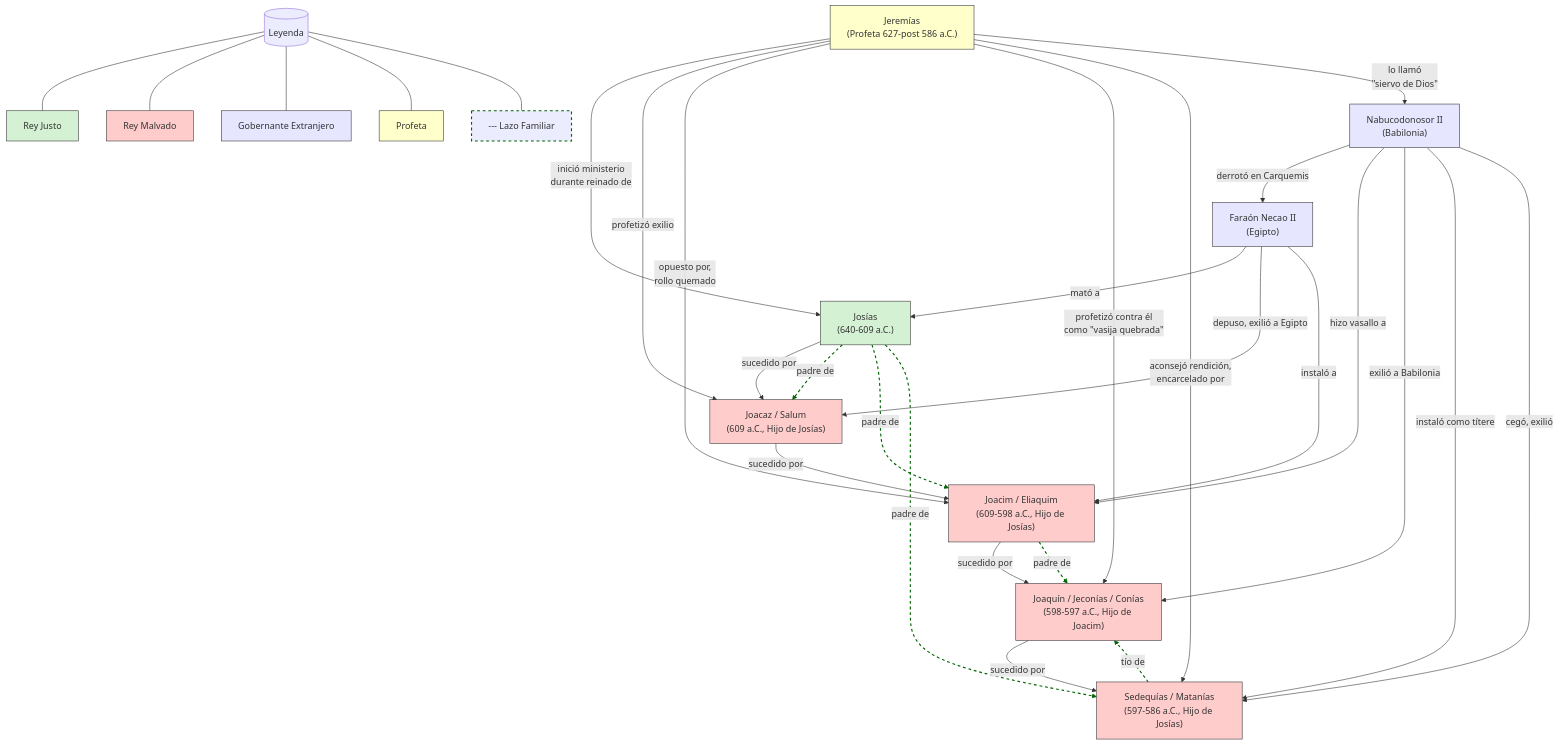
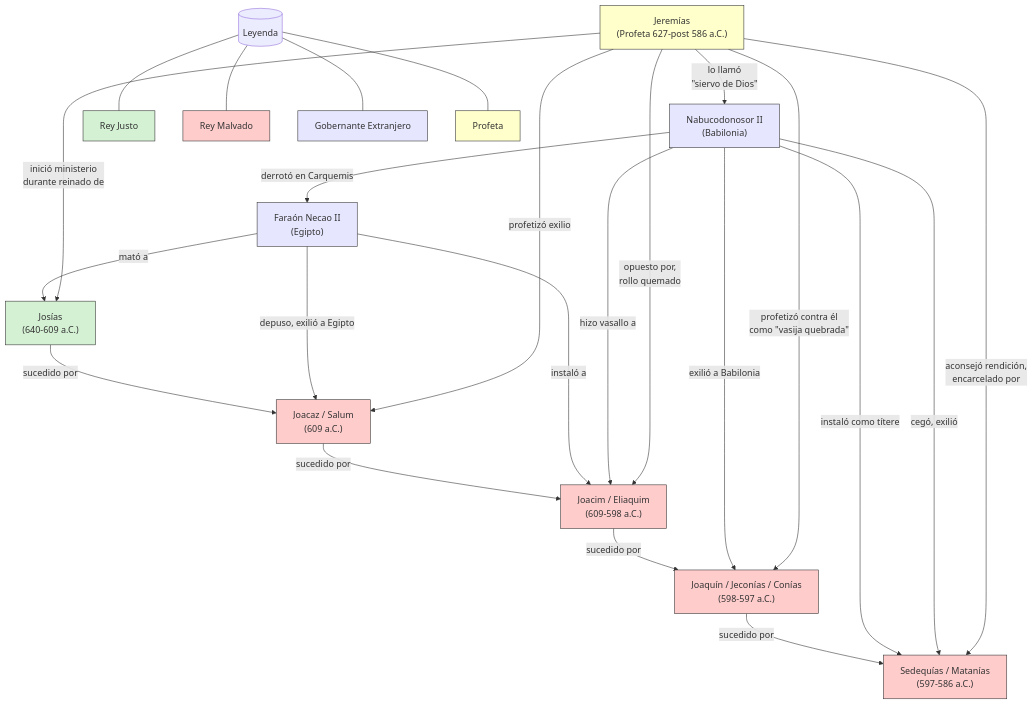
The first of 2 diagrams in old-testament-studies/public/content/es/reyes-en-jeremias-diagrama.md (migarciaduran/OldTestament), drawn with Mermaid before and after one commit. The commit also changed other lines of this file and 1 other file, not shown here.

Commit message:
feat: add family relationships section to kings in Jeremiah's diagram; enhance clarity with visual links

````diff
--- a/old-testament-studies/public/content/es/reyes-en-jeremias-diagrama.md
+++ b/old-testament-studies/public/content/es/reyes-en-jeremias-diagrama.md
@@ -5,67 +5,56 @@
 ```mermaid
 flowchart TB
     classDef justo fill:#d4f1d4,stroke:#333,stroke-width:1px
     classDef malvado fill:#ffcccc,stroke:#333,stroke-width:1px
     classDef extranjero fill:#e6e6ff,stroke:#333,stroke-width:1px
     classDef profeta fill:#ffffcc,stroke:#333,stroke-width:1px
-    classDef familyLink stroke:#006400,stroke-width:2px,stroke-dasharray: 5 5
     
     %% Reyes y Profeta
     Jeremias["Jeremías<br/>(Profeta 627-post 586 a.C.)"]:::profeta
     
     Josias["Josías<br/>(640-609 a.C.)"]:::justo
-    Joacaz["Joacaz / Salum<br/>(609 a.C., Hijo de Josías)"]:::malvado
-    Joacim["Joacim / Eliaquim<br/>(609-598 a.C., Hijo de Josías)"]:::malvado
-    Joaquin["Joaquín / Jeconías / Conías<br/>(598-597 a.C., Hijo de Joacim)"]:::malvado
-    Sedequias["Sedequías / Matanías<br/>(597-586 a.C., Hijo de Josías)"]:::malvado
+    Joacaz["Joacaz / Salum<br/>(609 a.C.)"]:::malvado
+    Joacim["Joacim / Eliaquim<br/>(609-598 a.C.)"]:::malvado
+    Joaquin["Joaquín / Jeconías / Conías<br/>(598-597 a.C.)"]:::malvado
+    Sedequias["Sedequías / Matanías<br/>(597-586 a.C.)"]:::malvado
     
     %% Reyes Extranjeros
     FaraonNecao["Faraón Necao II<br/>(Egipto)"]:::extranjero
     Nabucodonosor["Nabucodonosor II<br/>(Babilonia)"]:::extranjero
     
     %% Relaciones - sucesión (Líneas sólidas)
     Josias -->|sucedido por| Joacaz
     Joacaz -->|sucedido por| Joacim
     Joacim -->|sucedido por| Joaquin
     Joaquin -->|sucedido por| Sedequias
-    
-    %% Relaciones Familiares (Líneas verdes discontinuas)
-    Josias -.->|padre de| Joacaz
-    Josias -.->|padre de| Joacim
-    Josias -.->|padre de| Sedequias
-    Joacim -.->|padre de| Joaquin
-    Sedequias -.->|tío de| Joaquin
-    linkStyle 4,5,6,7,8 stroke:#006400,stroke-width:2px,stroke-dasharray: 5 5
     
     %% Intervenciones extranjeras (Líneas sólidas)
     FaraonNecao -->|mató a| Josias
     FaraonNecao -->|depuso, exilió a Egipto| Joacaz
     FaraonNecao -->|instaló a| Joacim
     Nabucodonosor -->|derrotó en Carquemis| FaraonNecao
     Nabucodonosor -->|hizo vasallo a| Joacim
     Nabucodonosor -->|exilió a Babilonia| Joaquin
     Nabucodonosor -->|instaló como títere| Sedequias
     Nabucodonosor -->|cegó, exilió| Sedequias
     
     %% Relaciones de Jeremías (Líneas sólidas)
     Jeremias -->|inició ministerio<br/>durante reinado de| Josias
     Jeremias -->|profetizó exilio| Joacaz
     Jeremias -->|opuesto por,<br/>rollo quemado| Joacim
     Jeremias -->|profetizó contra él<br/>como &quot;vasija quebrada&quot;| Joaquin
     Jeremias -->|aconsejó rendición,<br/>encarcelado por| Sedequias
     Jeremias -->|lo llamó<br/>&quot;siervo de Dios&quot;| Nabucodonosor
     
     %% Leyenda
     Leyenda[("Leyenda")]
     ReyJusto["Rey Justo"]:::justo
     ReyMalvado["Rey Malvado"]:::malvado
     GobernanteExtranjero["Gobernante Extranjero"]:::extranjero
     NodoProfeta["Profeta"]:::profeta
-    LazoFamiliar["--- Lazo Familiar"]:::familyLink
     
     Leyenda --- ReyJusto
     Leyenda --- ReyMalvado
     Leyenda --- GobernanteExtranjero
     Leyenda --- NodoProfeta
-    Leyenda --- LazoFamiliar
 ```
````
